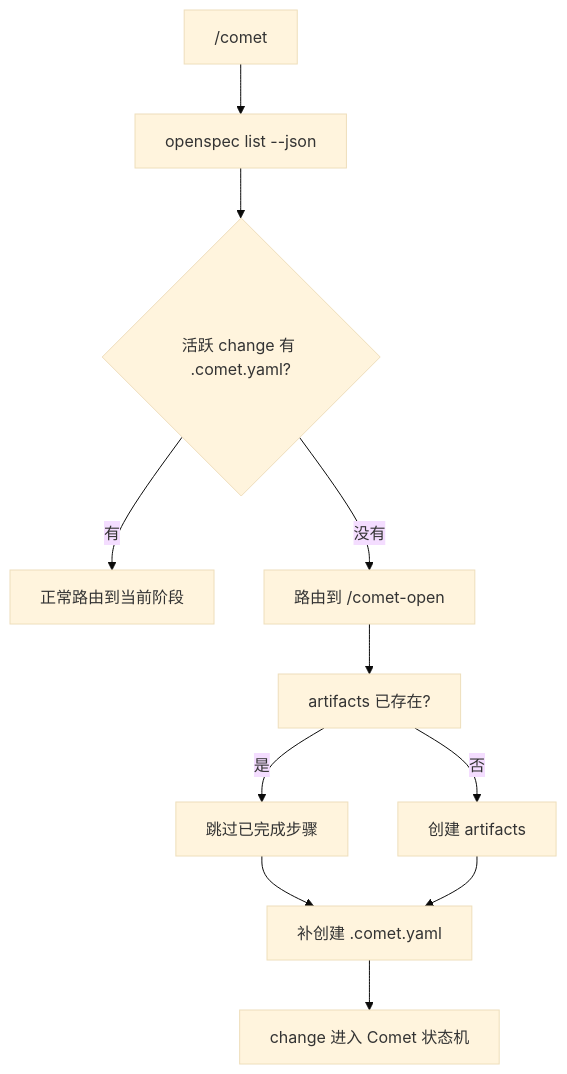
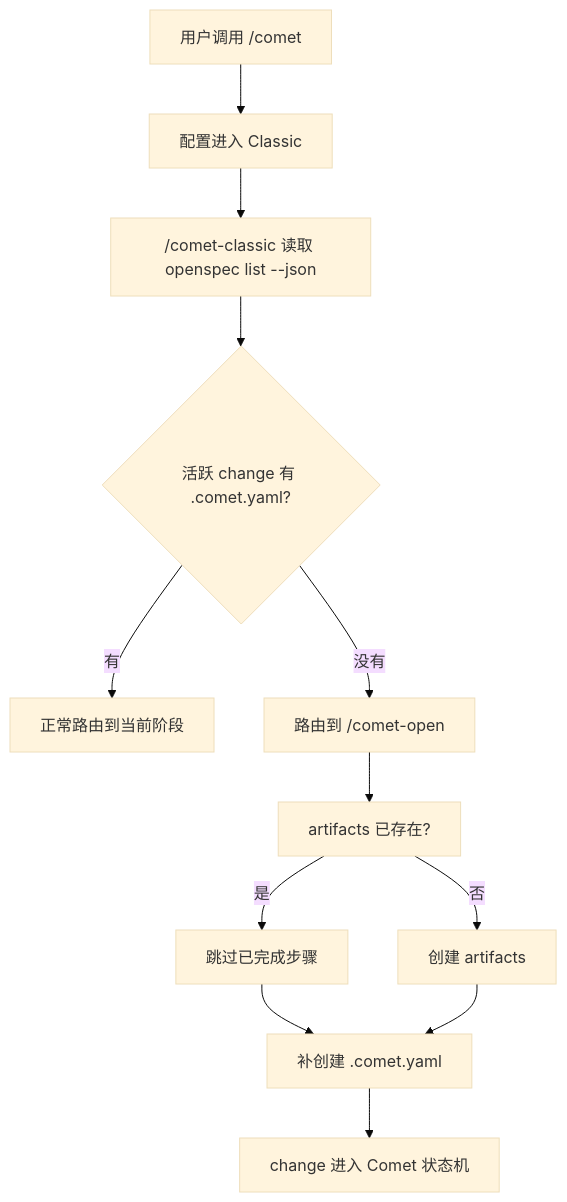
The second of 2 diagrams in zh/guides/existing-project.mdx (rpamis/comet-website-docs), drawn with Mermaid (base theme) before and after one commit. The commit also changed other lines of this file and 114 other files, not shown here.

````diff
--- a/zh/guides/existing-project.mdx
+++ b/zh/guides/existing-project.mdx
@@ -133,13 +142,14 @@
 ```mermaid
 flowchart TD
-  A["/comet"] --> B["openspec list --json"]
-  B --> C{"活跃 change 有 .comet.yaml?"}
-  C -->|有| D["正常路由到当前阶段"]
-  C -->|没有| E["路由到 /comet-open"]
-  E --> F["artifacts 已存在?"]
-  F -->|是| G["跳过已完成步骤"]
-  F -->|否| H["创建 artifacts"]
-  G --> I["补创建 .comet.yaml"]
-  H --> I
-  I --> J["change 进入 Comet 状态机"]
+  A["用户调用 /comet"] --> B["配置进入 Classic"]
+  B --> C["/comet-classic 读取 openspec list --json"]
+  C --> D{"活跃 change 有 .comet.yaml?"}
+  D -->|有| E["正常路由到当前阶段"]
+  D -->|没有| F["路由到 /comet-open"]
+  F --> G["artifacts 已存在?"]
+  G -->|是| H["跳过已完成步骤"]
+  G -->|否| I["创建 artifacts"]
+  H --> J["补创建 .comet.yaml"]
+  I --> J
+  J --> K["change 进入 Comet 状态机"]
 ```
````
